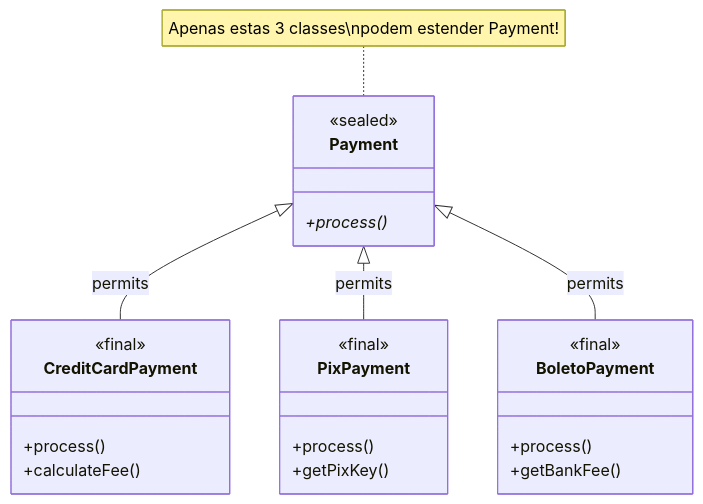
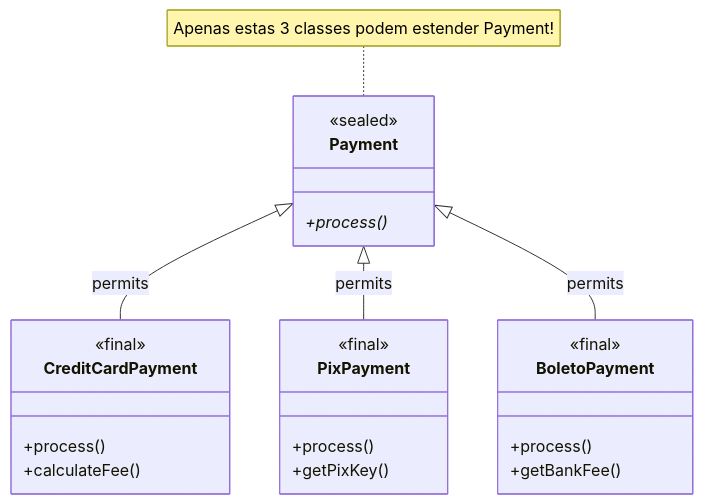
One commit to deusemarjunior/trein-java-intermed changed the diagram in dia-01/slide-04.md. Above: the diagram before and after it, drawn with Mermaid.

Commit message:
ajustando texto

````diff
--- a/dia-01/slide-04.md
+++ b/dia-01/slide-04.md
@@ -25,28 +25,28 @@
 ```mermaid
 classDiagram
     class Payment {
         <<sealed>>
         +process()*
     }
     class CreditCardPayment {
         <<final>>
         +process()
         +calculateFee()
     }
     class PixPayment {
         <<final>>
         +process()
         +getPixKey()
     }
     class BoletoPayment {
         <<final>>
         +process()
         +getBankFee()
     }
     
     Payment <|-- CreditCardPayment : permits
     Payment <|-- PixPayment : permits
     Payment <|-- BoletoPayment : permits
     
-    note for Payment "Apenas estas 3 classes\npodem estender Payment!"
+    note for Payment "Apenas estas 3 classes podem estender Payment!"
 ```
````
